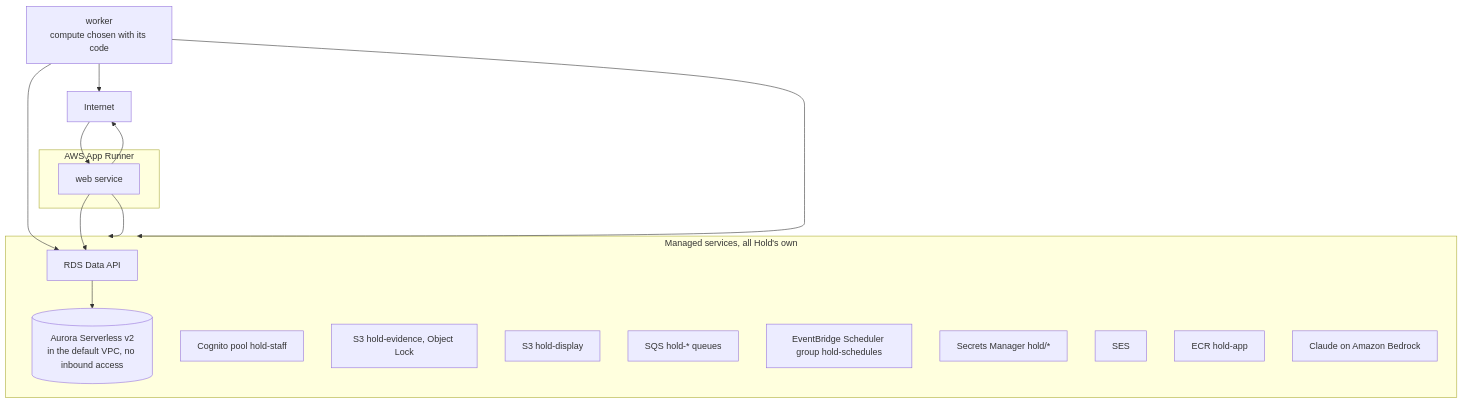
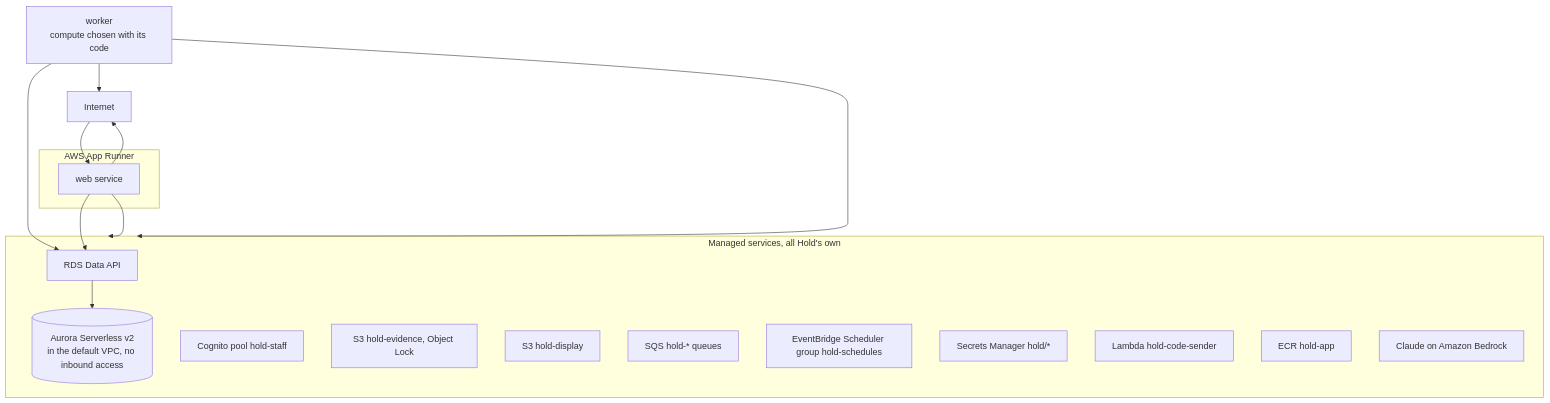
Diagram 16 of 16 in docs/architecture.md (rogerjeasy/hold), drawn with Mermaid before and after one commit. The commit also changed other lines of this file and 9 other files, not shown here.

First line of the commit message:
feat(infra): hand Cognito's codes to Hold's own sender

````diff
--- a/docs/architecture.md
+++ b/docs/architecture.md
@@ -1296,32 +1296,32 @@
 ```mermaid
 flowchart TB
     internet["Internet"]
 
     subgraph apprunner["AWS App Runner"]
         web["web service"]
     end
     worker["worker<br/>compute chosen with its code"]
 
     subgraph managed["Managed services, all Hold's own"]
         dataapi["RDS Data API"]
         aurora[("Aurora Serverless v2<br/>in the default VPC, no inbound access")]
         cognito["Cognito pool hold-staff"]
         s3e["S3 hold-evidence, Object Lock"]
         s3d["S3 hold-display"]
         sqs["SQS hold-* queues"]
         eb["EventBridge Scheduler group hold-schedules"]
         sm["Secrets Manager hold/*"]
-        ses["SES"]
+        ses["Lambda hold-code-sender"]
         ecr["ECR hold-app"]
         bedrock["Claude on Amazon Bedrock"]
     end
 
     internet --> web
     web --> dataapi
     worker --> dataapi
     dataapi --> aurora
     web --> managed
     worker --> managed
     web --> internet
     worker --> internet
 ```
````
